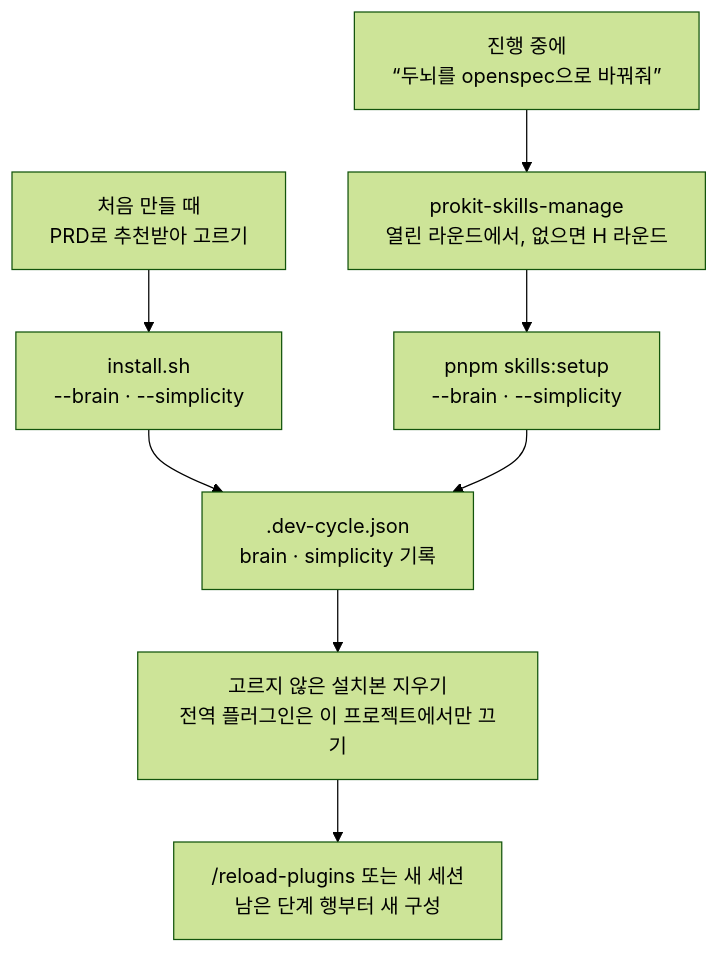
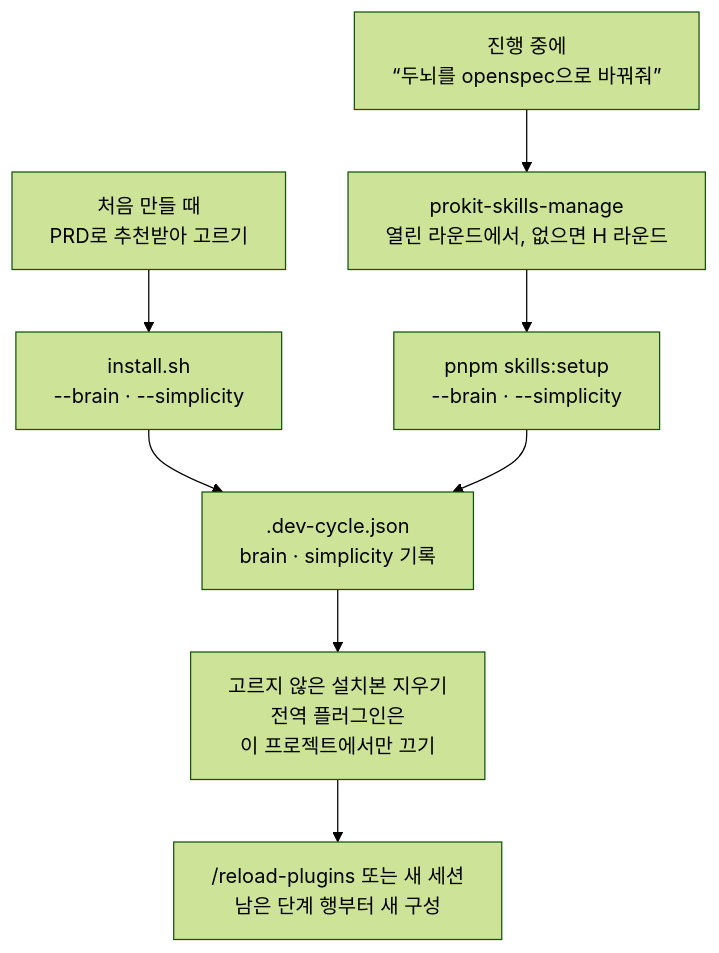
Before and after one commit to roadkwon-ai/pro-kit: the second of 2 diagrams in handbook/skills/brains.md, drawn with Mermaid (forest theme). The commit also changed other lines of this file and 9 other files, not shown here.

````diff
--- a/handbook/skills/brains.md
+++ b/handbook/skills/brains.md
@@ -241,15 +241,15 @@
 ```mermaid
 ---
 config:
   flowchart:
     wrappingWidth: 260
 ---
 flowchart TB
   I["처음 만들 때<br/>PRD로 추천받아 고르기"] --> INS["install.sh<br/>--brain · --simplicity"]
   CH["진행 중에<br/>“두뇌를 openspec으로 바꿔줘”"] --> SM["prokit-skills-manage<br/>열린 라운드에서, 없으면 H 라운드"]
   SM --> SET["pnpm skills:setup<br/>--brain · --simplicity"]
   INS --> REC[".dev-cycle.json<br/>brain · simplicity 기록"]
   SET --> REC
-  REC --> CL["고르지 않은 설치본 지우기<br/>전역 플러그인은 이 프로젝트에서만 끄기"]
+  REC --> CL["고르지 않은 설치본 지우기<br/>전역 플러그인은<br/>이 프로젝트에서만 끄기"]
   CL --> RL["/reload-plugins 또는 새 세션<br/>남은 단계 행부터 새 구성"]
 ```
````
